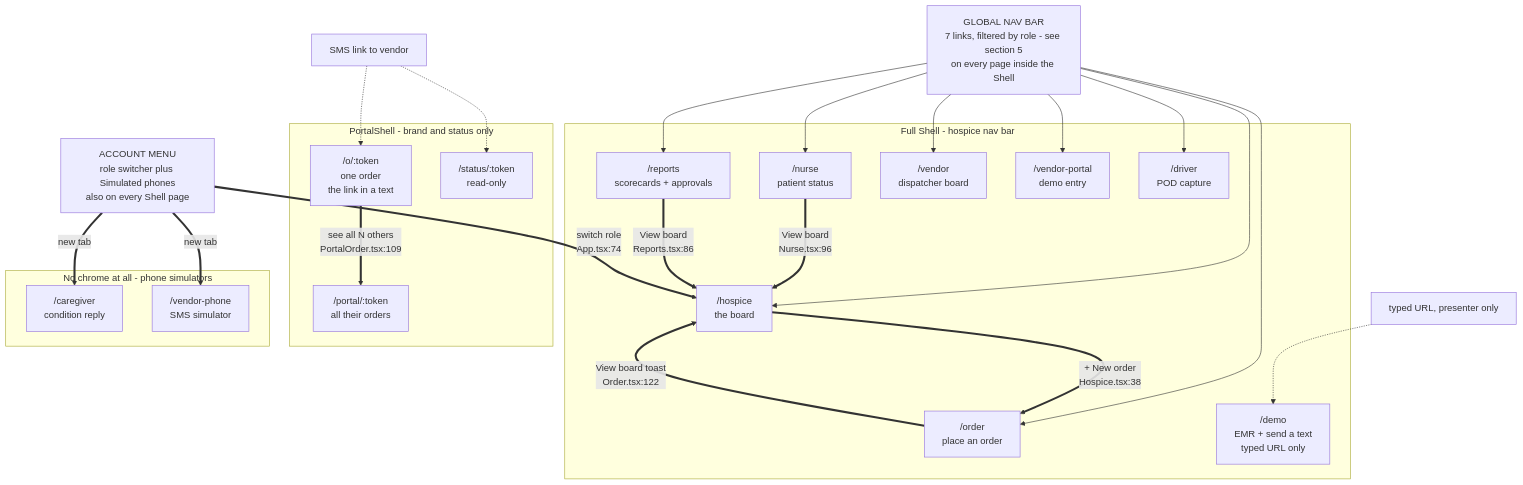
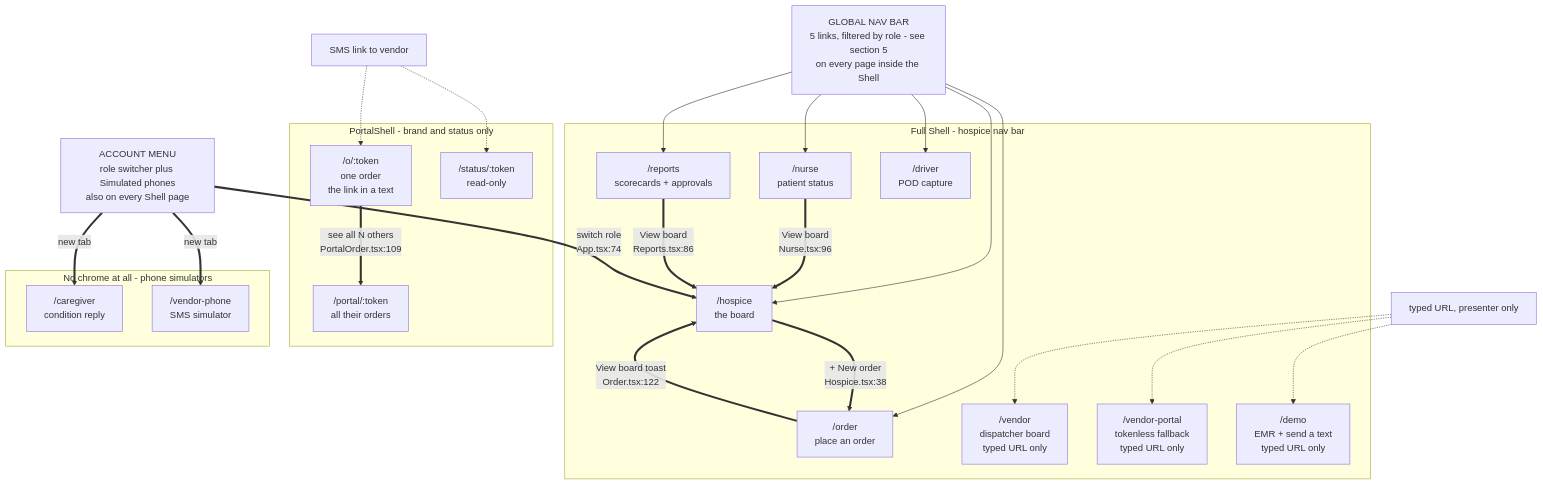
Before and after one commit to kr3wangel/betterrx-hackathon-2026: the first of 6 diagrams in docs/UX-FLOWS.md, drawn with Mermaid. The commit also changed other lines of this file and 4 other files, not shown here.

First line of the commit message:
Reports/Nav: make the calls-avoided breakdown add up, label the approvals mock, retire two dead nav links

````diff
--- a/docs/UX-FLOWS.md
+++ b/docs/UX-FLOWS.md
@@ -94,49 +94,49 @@
 ```mermaid
 graph TD
-  NAV["GLOBAL NAV BAR<br/>7 links, filtered by role - see section 5<br/>on every page inside the Shell"]
+  NAV["GLOBAL NAV BAR<br/>5 links, filtered by role - see section 5<br/>on every page inside the Shell"]
   ACCT["ACCOUNT MENU<br/>role switcher plus Simulated phones<br/>also on every Shell page"]
 
   subgraph Full Shell - hospice nav bar
     BOARD["/hospice<br/>the board"]
     ORDER["/order<br/>place an order"]
     NURSE["/nurse<br/>patient status"]
     REPORTS["/reports<br/>scorecards + approvals"]
-    VBOARD["/vendor<br/>dispatcher board"]
-    VPORTAL["/vendor-portal<br/>demo entry"]
+    VBOARD["/vendor<br/>dispatcher board<br/>typed URL only"]
+    VPORTAL["/vendor-portal<br/>tokenless fallback<br/>typed URL only"]
     DRIVER["/driver<br/>POD capture"]
     DEMO["/demo<br/>EMR + send a text<br/>typed URL only"]
   end
 
   subgraph PortalShell - brand and status only
     OPORTAL["/o/:token<br/>one order<br/>the link in a text"]
     PORTAL["/portal/:token<br/>all their orders"]
     VSTATUS["/status/:token<br/>read-only"]
   end
 
   subgraph No chrome at all - phone simulators
     CARE["/caregiver<br/>condition reply"]
     VPHONE["/vendor-phone<br/>SMS simulator"]
   end
 
   NAV --> BOARD
   NAV --> ORDER
   NAV --> NURSE
   NAV --> REPORTS
-  NAV --> VBOARD
-  NAV --> VPORTAL
   NAV --> DRIVER
 
   BOARD ==>|"+ New order<br/>Hospice.tsx:38"| ORDER
   ORDER ==>|"View board toast<br/>Order.tsx:122"| BOARD
   NURSE ==>|"View board<br/>Nurse.tsx:96"| BOARD
   REPORTS ==>|"View board<br/>Reports.tsx:86"| BOARD
 
   ACCT ==>|"switch role<br/>App.tsx:74"| BOARD
   ACCT ==>|"new tab"| CARE
   ACCT ==>|"new tab"| VPHONE
 
   SMS["SMS link to vendor"] -.-> OPORTAL
   SMS -.-> VSTATUS
   OPORTAL ==>|"see all N others<br/>PortalOrder.tsx:109"| PORTAL
   TYPED["typed URL, presenter only"] -.-> DEMO
+  TYPED -.-> VBOARD
+  TYPED -.-> VPORTAL
 ```
````
